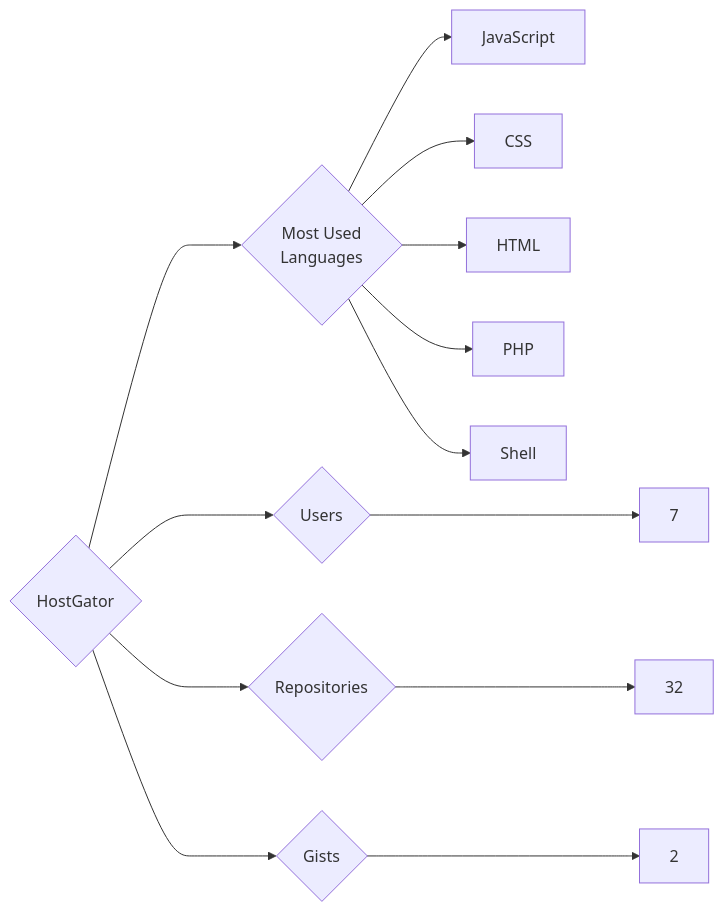
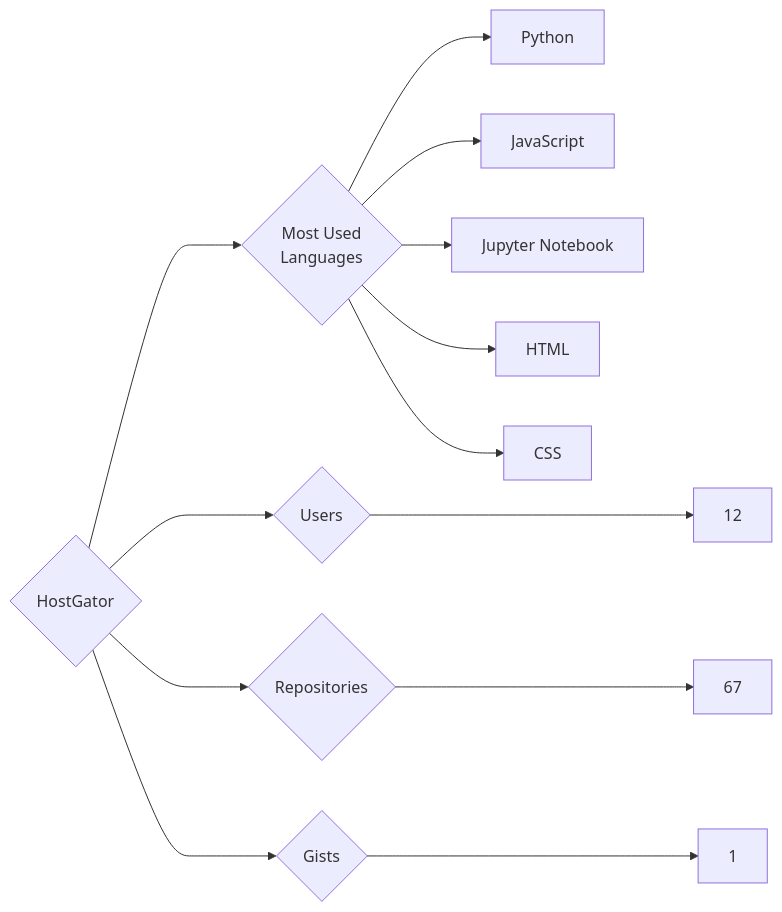
One commit to trickest/insiders changed the diagram in targets/HostGator/README.md. Above: the diagram before and after it, drawn with Mermaid. The commit also changed 993 other files, not shown here.

````diff
--- a/targets/HostGator/README.md
+++ b/targets/HostGator/README.md
@@ -3,13 +3,13 @@
 ```mermaid
 graph LR
 COMPANY_NAME{HostGator}
-COMPANY_NAME ---> U{Users} ---> UN[7]
-COMPANY_NAME ---> R{Repositories} ---> RN[32]
-COMPANY_NAME ---> G{Gists} ---> GN[2]
+COMPANY_NAME ---> U{Users} ---> UN[12]
+COMPANY_NAME ---> R{Repositories} ---> RN[67]
+COMPANY_NAME ---> G{Gists} ---> GN[1]
 COMPANY_NAME ---> ML{Most Used<br>Languages}
+ML --> Python[Python]
 ML --> JavaScript[JavaScript]
+ML --> Jupyter_Notebook[Jupyter Notebook]
+ML --> HTML[HTML]
 ML --> CSS[CSS]
-ML --> HTML[HTML]
-ML --> PHP[PHP]
-ML --> Shell[Shell]
 ```
````
